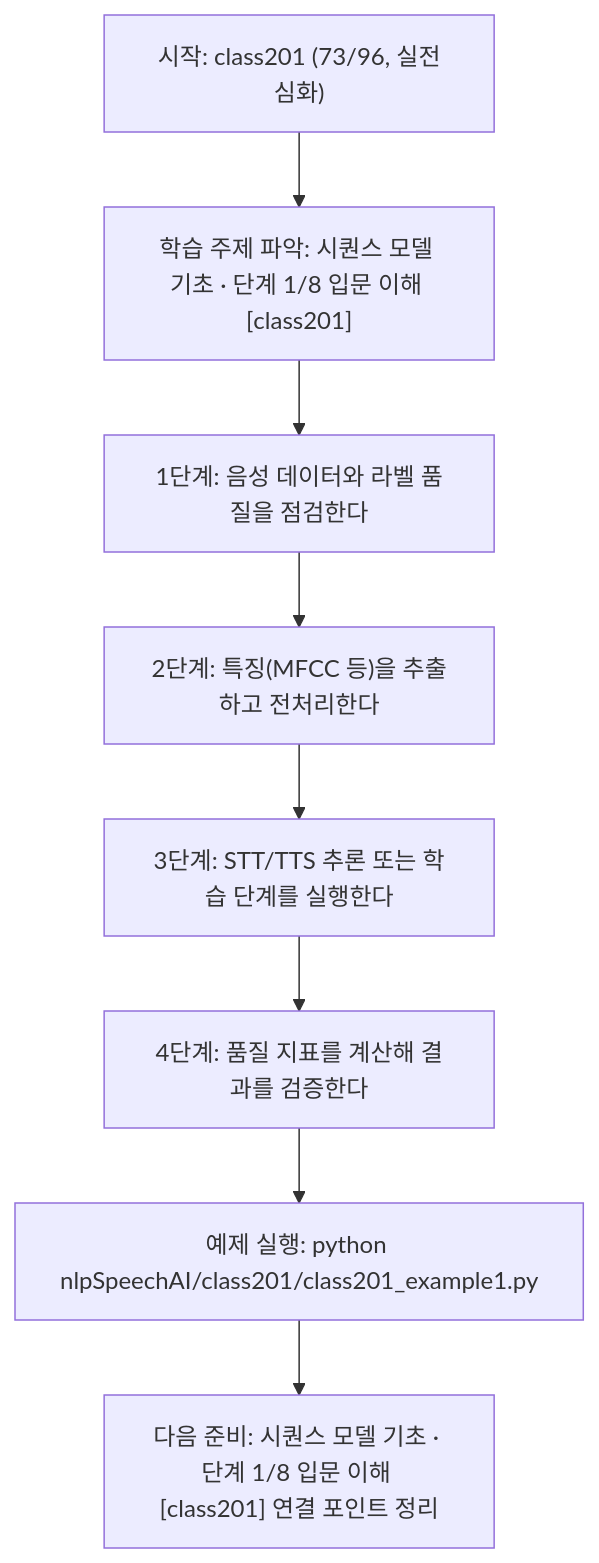
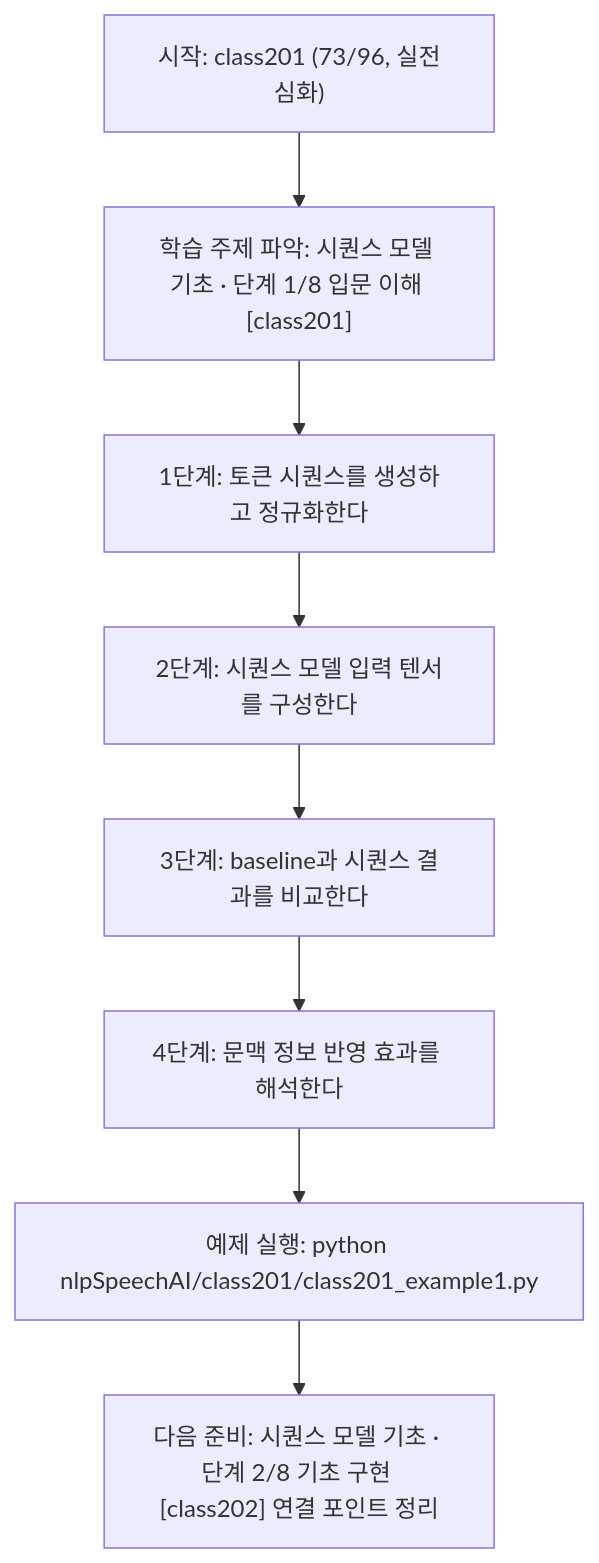
The diagram in nlpSpeechAI/class201/class201.md (edumgt/Python-AI_Agent-Class), drawn with Mermaid before and after one commit. The commit also changed other lines of this file and 1122 other files, not shown here.

````diff
--- a/nlpSpeechAI/class201/class201.md
+++ b/nlpSpeechAI/class201/class201.md
@@ -114,18 +95,18 @@
 ```mermaid
 flowchart TD
 N1["시작: class201 (73/96, 실전심화)"]
 N2["학습 주제 파악: 시퀀스 모델 기초 · 단계 1/8 입문 이해 [class201]"]
-N3["1단계: 음성 데이터와 라벨 품질을 점검한다"]
-N4["2단계: 특징(MFCC 등)을 추출하고 전처리한다"]
-N5["3단계: STT/TTS 추론 또는 학습 단계를 실행한다"]
-N6["4단계: 품질 지표를 계산해 결과를 검증한다"]
+N3["1단계: 토큰 시퀀스를 생성하고 정규화한다"]
+N4["2단계: 시퀀스 모델 입력 텐서를 구성한다"]
+N5["3단계: baseline과 시퀀스 결과를 비교한다"]
+N6["4단계: 문맥 정보 반영 효과를 해석한다"]
 N7["예제 실행: python nlpSpeechAI/class201/class201_example1.py"]
-N8["다음 준비: 시퀀스 모델 기초 · 단계 1/8 입문 이해 [class201] 연결 포인트 정리"]
+N8["다음 준비: 시퀀스 모델 기초 · 단계 2/8 기초 구현 [class202] 연결 포인트 정리"]
 N1 --> N2
 N2 --> N3
 N3 --> N4
 N4 --> N5
 N5 --> N6
 N6 --> N7
 N7 --> N8
 ```
````
